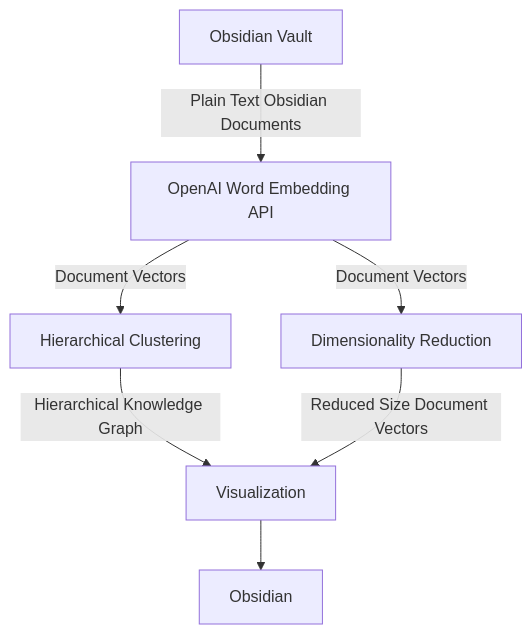
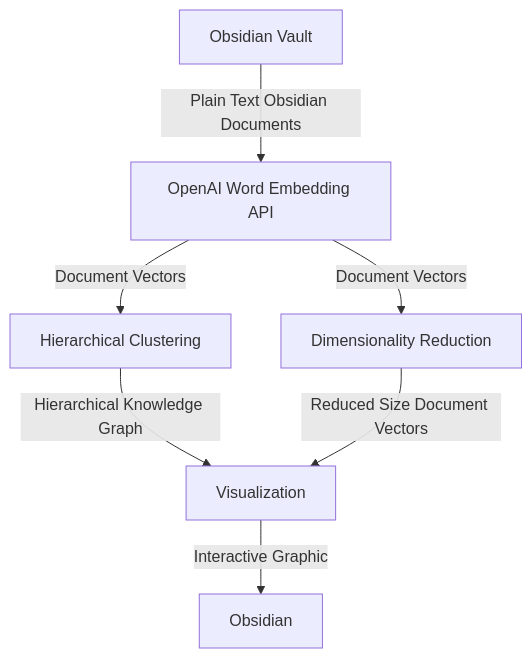
The diagram in Garden/System Pipeline.md (aidanbx/GraphGurusVault), drawn with Mermaid before and after one commit. The commit also changed other lines of this file, not shown here.

Commit message:
Aidan vault backup: 2023-02-07 12:46:35

````diff
--- a/Garden/System Pipeline.md
+++ b/Garden/System Pipeline.md
@@ -1,17 +1,17 @@
 ```mermaid
 graph TD
 
 A[Obsidian Vault]
 C[OpenAI Word Embedding API]
 E[Hierarchical Clustering]
 F[Dimensionality Reduction]
 G[Visualization]
 H[Obsidian]
 
 A -->|Plain Text Obsidian Documents| C
 C -->|Document Vectors| E
 C -->|Document Vectors| F
 E -->|Hierarchical Knowledge Graph| G
-F -->|Reduced Size Document Vectors | G
-G --> H
+F -->|Reduced Size Document Vectors| G
+G -->|Interactive Graphic| H
 ```
````
